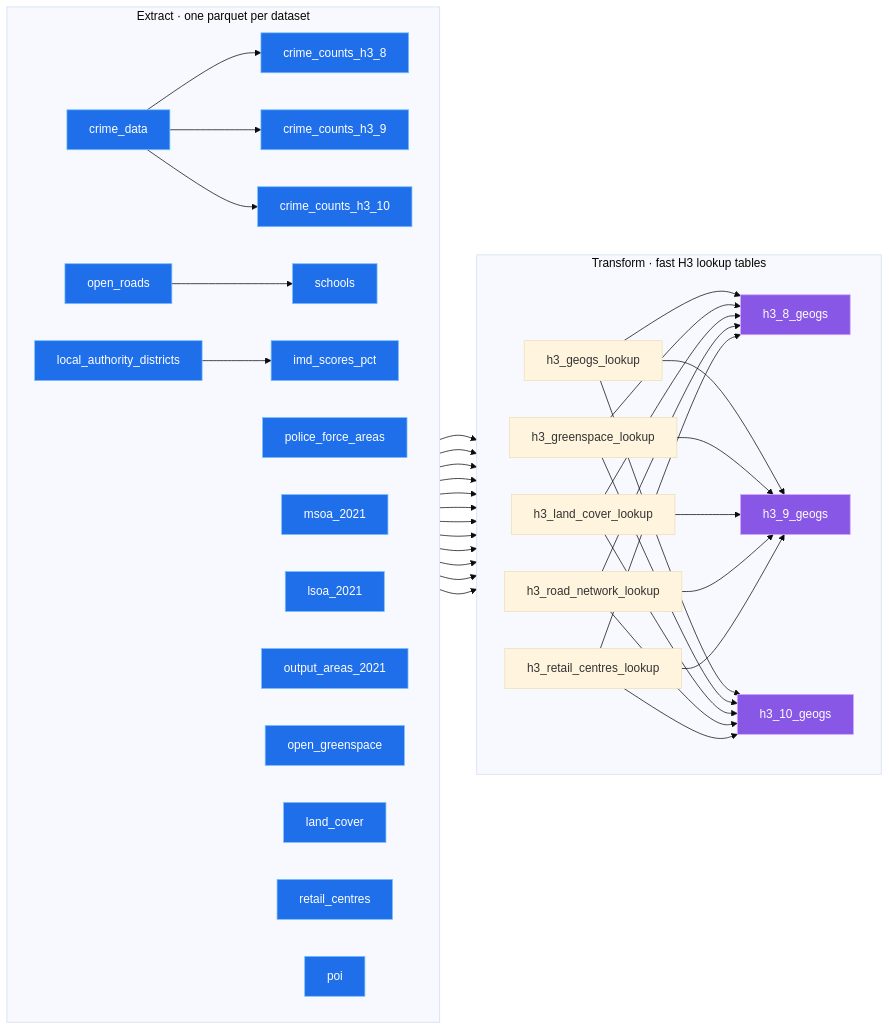
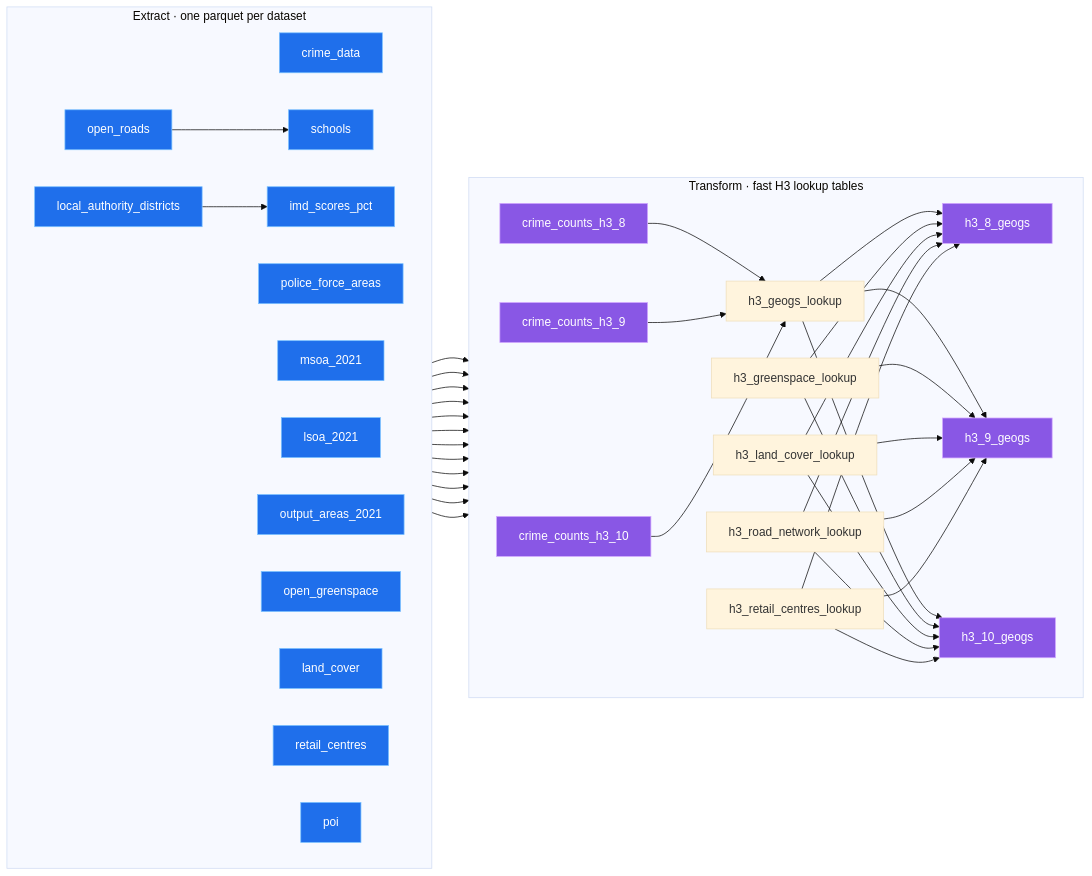
Before and after one commit to safer-streets/safer-streets-tooling: the diagram in README.md, drawn with Mermaid (base theme). The commit also changed other lines of this file and 30 other files, not shown here.

````diff
--- a/README.md
+++ b/README.md
@@ -39,76 +41,76 @@
 ```mermaid
 flowchart LR
     subgraph EXTRACT["Extract · one parquet per dataset"]
         direction LR
         crime_data
-        crime_counts_h3_8
-        crime_counts_h3_9
-        crime_counts_h3_10
         police_force_areas
         local_authority_districts
         msoa_2021
         lsoa_2021
         output_areas_2021
         open_greenspace
         land_cover
         retail_centres
         open_roads
         poi
         schools
         imd_scores_pct
     end
 
     subgraph TRANSFORM["Transform · fast H3 lookup tables"]
         direction LR
+        crime_counts_h3_8
+        crime_counts_h3_9
+        crime_counts_h3_10
         h3_geogs_lookup
         h3_greenspace_lookup
         h3_land_cover_lookup
         h3_road_network_lookup
         h3_retail_centres_lookup
         h3_8_geogs
         h3_9_geogs
         h3_10_geogs
     end
 
     %% extract edges
-    crime_data --> crime_counts_h3_8
-    crime_data --> crime_counts_h3_9
-    crime_data --> crime_counts_h3_10
     open_roads --> schools
     local_authority_districts --> imd_scores_pct
 
     %% transform edges
+    crime_data --> crime_counts_h3_8
+    crime_data --> crime_counts_h3_9
+    crime_data --> crime_counts_h3_10
     crime_counts_h3_8 --> h3_geogs_lookup
     crime_counts_h3_9 --> h3_geogs_lookup
     crime_counts_h3_10 --> h3_geogs_lookup
     police_force_areas --> h3_geogs_lookup
     local_authority_districts --> h3_geogs_lookup
     msoa_2021 --> h3_geogs_lookup
     lsoa_2021 --> h3_geogs_lookup
     output_areas_2021 --> h3_geogs_lookup
     open_greenspace --> h3_greenspace_lookup
     land_cover --> h3_land_cover_lookup
     open_roads --> h3_road_network_lookup
     retail_centres --> h3_retail_centres_lookup
     h3_geogs_lookup --> h3_8_geogs
     h3_greenspace_lookup --> h3_8_geogs
     h3_land_cover_lookup --> h3_8_geogs
     h3_road_network_lookup --> h3_8_geogs
     h3_retail_centres_lookup --> h3_8_geogs
     h3_geogs_lookup --> h3_9_geogs
     h3_greenspace_lookup --> h3_9_geogs
     h3_land_cover_lookup --> h3_9_geogs
     h3_road_network_lookup --> h3_9_geogs
     h3_retail_centres_lookup --> h3_9_geogs
     h3_geogs_lookup --> h3_10_geogs
     h3_greenspace_lookup --> h3_10_geogs
     h3_land_cover_lookup --> h3_10_geogs
     h3_road_network_lookup --> h3_10_geogs
     h3_retail_centres_lookup --> h3_10_geogs
 
     %% colour by phase, tuned for dark backgrounds (white text on saturated fills, light strokes)
     classDef extract fill:#1f6feb,stroke:#79c0ff,stroke-width:1px,color:#ffffff;
     classDef transform fill:#8957e5,stroke:#d2a8ff,stroke-width:1px,color:#ffffff;
-    class crime_data,crime_counts_h3_8,crime_counts_h3_9,crime_counts_h3_10,police_force_areas,local_authority_districts,msoa_2021,lsoa_2021,output_areas_2021,open_greenspace,land_cover,retail_centres,open_roads,poi,schools,imd_scores_pct extract;
-    class h3_8_geogs,h3_9_geogs,h3_8_geogs,h3_10_geogs transform;
+    class crime_data,police_force_areas,local_authority_districts,msoa_2021,lsoa_2021,output_areas_2021,open_greenspace,land_cover,retail_centres,open_roads,poi,schools,imd_scores_pct extract;
+    class crime_counts_h3_8,crime_counts_h3_9,crime_counts_h3_10,h3_8_geogs,h3_9_geogs,h3_10_geogs transform;
 ```
````
